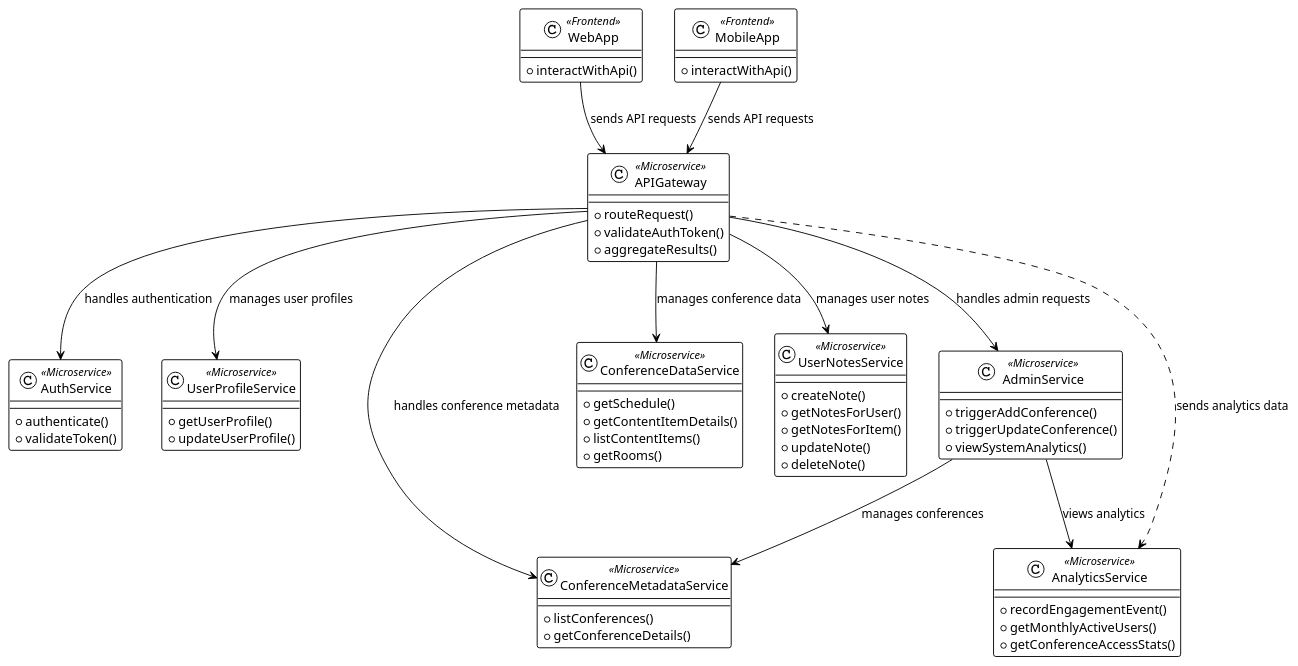
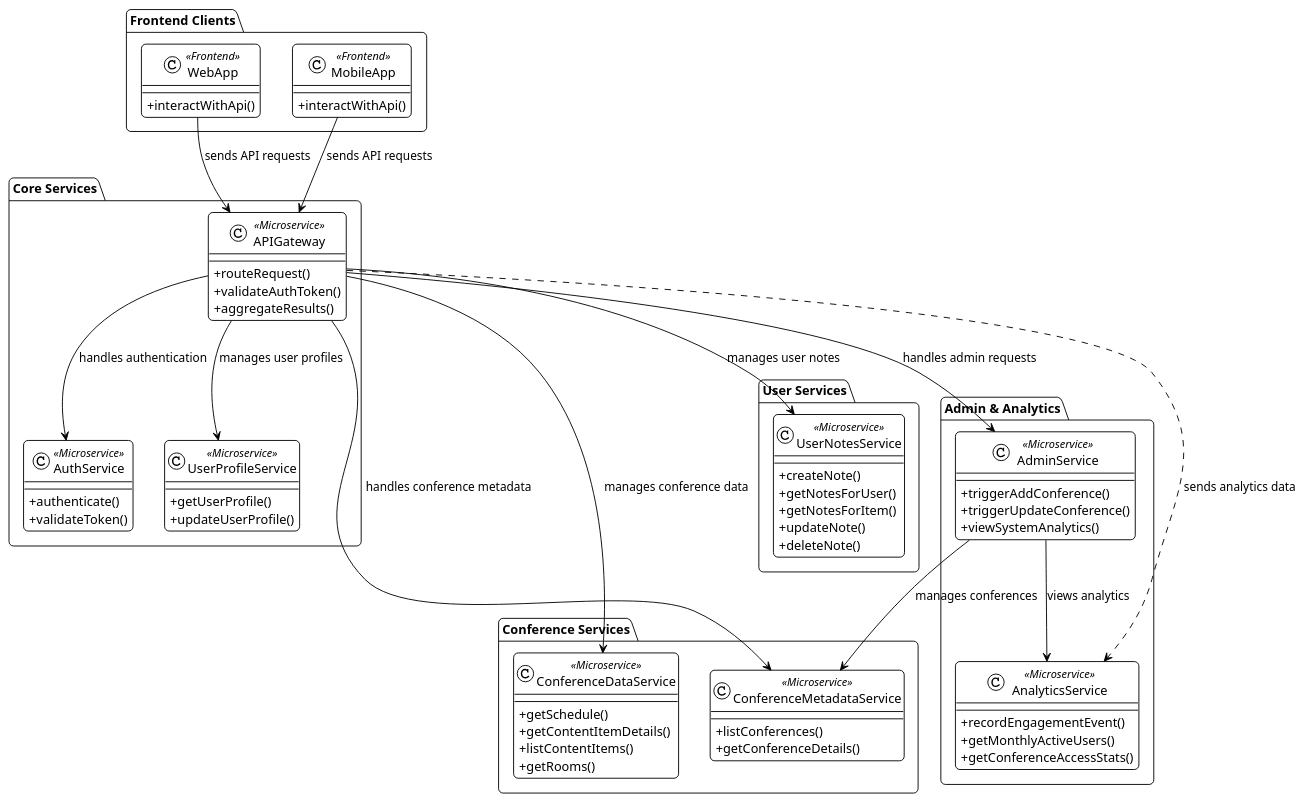
Before and after one commit to Guillermode20/softarch2-uni-work: the diagram in logical/logical_class_diagram.puml, drawn with PlantUML. The commit also changed 5 other files, not shown here.

Commit message:
Refactor logical diagrams to organize components into packages and improve readability. Updated sequence diagram to reflect new groupings and added skin parameters for consistency across diagrams.

```diff
--- a/logical/logical_class_diagram.puml
+++ b/logical/logical_class_diagram.puml
@@ -1,68 +1,100 @@
 @startuml
 !theme plain
+skinparam ClassAttributeIconSize 0
+skinparam roundcorner 10
+skinparam sequenceMessageAlign center
 
-' Define representative Frontend Clients
-class WebApp <<Frontend>> {
-  + interactWithApi()
-}
-class MobileApp <<Frontend>> {
-  + interactWithApi()
+' ===== Frontend Components =====
+package "Frontend Clients" {
+    class WebApp <<Frontend>> {
+        + interactWithApi()
+    }
+    class MobileApp <<Frontend>> {
+        + interactWithApi()
+    }
 }
 
-' Define Microservices
-class APIGateway <<Microservice>> {
-  + routeRequest()
-  + validateAuthToken()
-  + aggregateResults()
-}
-class AuthService <<Microservice>> {
-  + authenticate()
-  + validateToken()
-}
-class UserProfileService <<Microservice>> {
-  + getUserProfile()
-  + updateUserProfile()
-}
-class ConferenceMetadataService <<Microservice>> {
-  + listConferences()
-  + getConferenceDetails()
-}
-class ConferenceDataService <<Microservice>> {
-  + getSchedule()
-  + getContentItemDetails()
-  + listContentItems()
-  + getRooms()
-}
-class UserNotesService <<Microservice>> {
-  + createNote()
-  + getNotesForUser()
-  + getNotesForItem()
-  + updateNote()
-  + deleteNote()
-}
-class AdminService <<Microservice>> {
-  + triggerAddConference()
-  + triggerUpdateConference()
-  + viewSystemAnalytics()
-}
-class AnalyticsService <<Microservice>> {
-  + recordEngagementEvent()
-  + getMonthlyActiveUsers()
-  + getConferenceAccessStats()
+' ===== Core Services =====
+package "Core Services" {
+    class APIGateway <<Microservice>> {
+        + routeRequest()
+        + validateAuthToken()
+        + aggregateResults()
+    }
+
+    class AuthService <<Microservice>> {
+        + authenticate()
+        + validateToken()
+    }
+
+    class UserProfileService <<Microservice>> {
+        + getUserProfile()
+        + updateUserProfile()
+    }
 }
 
-' Define Relationships
+' ===== Conference Services =====
+package "Conference Services" {
+    class ConferenceMetadataService <<Microservice>> {
+        + listConferences()
+        + getConferenceDetails()
+    }
+
+    class ConferenceDataService <<Microservice>> {
+        + getSchedule()
+        + getContentItemDetails()
+        + listContentItems()
+        + getRooms()
+    }
+}
+
+' ===== User Services =====
+package "User Services" {
+    class UserNotesService <<Microservice>> {
+        + createNote()
+        + getNotesForUser()
+        + getNotesForItem()
+        + updateNote()
+        + deleteNote()
+    }
+}
+
+' ===== Admin & Analytics =====
+package "Admin & Analytics" {
+    class AdminService <<Microservice>> {
+        + triggerAddConference()
+        + triggerUpdateConference()
+        + viewSystemAnalytics()
+    }
+
+    class AnalyticsService <<Microservice>> {
+        + recordEngagementEvent()
+        + getMonthlyActiveUsers()
+        + getConferenceAccessStats()
+    }
+}
+
+' ===== Relationships =====
+' Frontend to Gateway
 WebApp --> APIGateway : sends API requests
 MobileApp --> APIGateway : sends API requests
 
+' Gateway to Core Services
 APIGateway --> AuthService : handles authentication
 APIGateway --> UserProfileService : manages user profiles
+
+' Gateway to Conference Services
 APIGateway --> ConferenceMetadataService : handles conference metadata
 APIGateway --> ConferenceDataService : manages conference data
+
+' Gateway to User Services
 APIGateway --> UserNotesService : manages user notes
+
+' Gateway to Admin & Analytics
 APIGateway --> AdminService : handles admin requests
 APIGateway ..> AnalyticsService : sends analytics data
 
+' Admin Service Relationships
 AdminService --> ConferenceMetadataService : manages conferences
 AdminService --> AnalyticsService : views analytics
 @enduml
```
